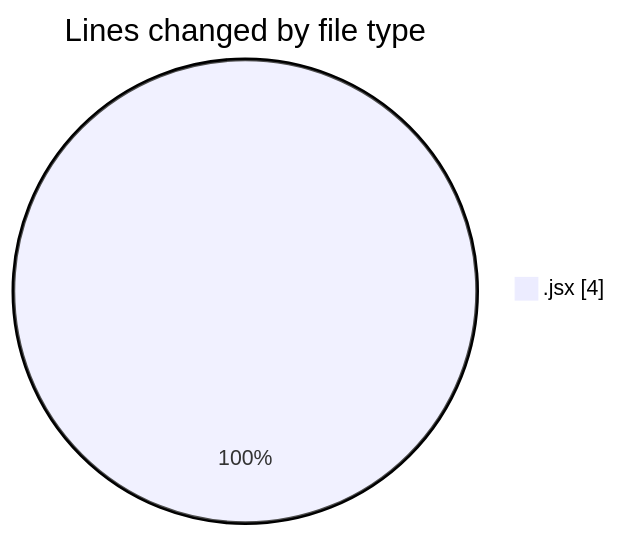
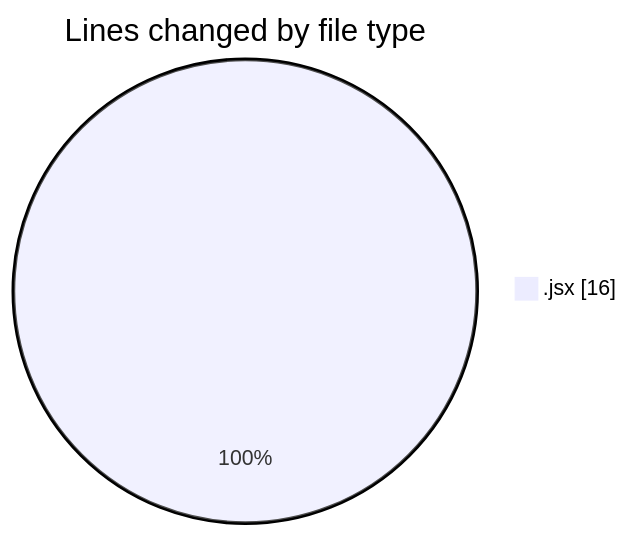
Before and after one commit to nxtqubesakshisongat/code-tracking: the first of 2 diagrams in 2025-10-09/nxtqube_webapp/README.md, drawn with Mermaid. The commit also changed other lines of this file and 1 other file, not shown here.

````diff
--- a/2025-10-09/nxtqube_webapp/README.md
+++ b/2025-10-09/nxtqube_webapp/README.md
@@ -20,5 +20,5 @@
 ```mermaid
 pie showData
 title Lines changed by file type
-".jsx" : 4
+".jsx" : 16
 ```
````
